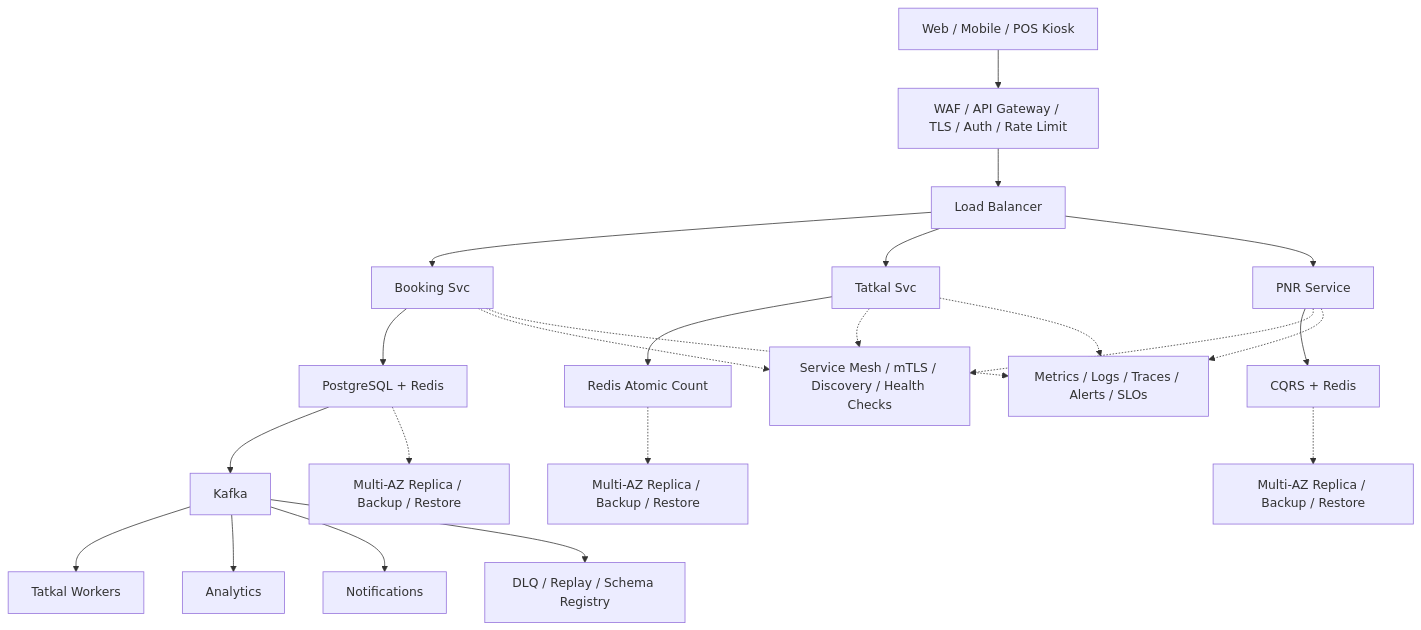
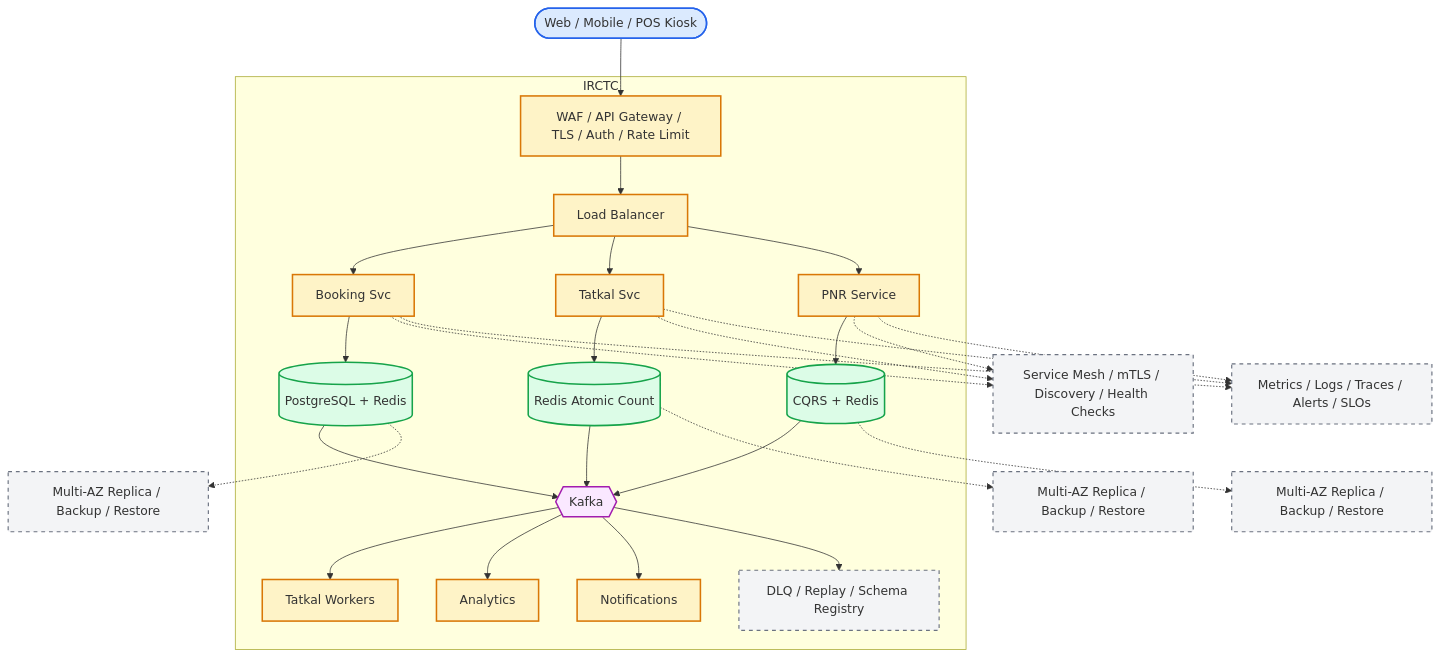
The diagram in system-design-irctc.md (aishwary11/system-design), drawn with Mermaid before and after one commit. The commit also changed other lines of this file and 36 other files, not shown here.

First line of the commit message:
Standardize all diagrams on C4-style Mermaid template

````diff
--- a/system-design-irctc.md
+++ b/system-design-irctc.md
@@ -47,25 +47,65 @@
 ```mermaid
 flowchart TB
-    clients["Web / Mobile / POS Kiosk"] --> edge["WAF / API Gateway / TLS / Auth / Rate Limit"]
-    edge --> lb["Load Balancer"]
-    lb --> svc0["Booking Svc"]
-    lb --> svc1["Tatkal Svc"]
-    lb --> svc2["PNR Service"]
-    svc0 --> store0["PostgreSQL + Redis"]
-    svc1 --> store1["Redis Atomic Count"]
-    svc2 --> store2["CQRS + Redis"]
-    store0 --> stream["Kafka"]
-    stream --> worker0["Tatkal Workers"]
-    stream --> worker1["Analytics"]
-    stream --> worker2["Notifications"]
-    svc0 -.-> platform["Service Mesh / mTLS / Discovery / Health Checks"]
-    svc1 -.-> platform
-    svc2 -.-> platform
-    store0 -.-> backup0["Multi-AZ Replica / Backup / Restore"]
-    store1 -.-> backup1["Multi-AZ Replica / Backup / Restore"]
-    store2 -.-> backup2["Multi-AZ Replica / Backup / Restore"]
-    stream --> dlq["DLQ / Replay / Schema Registry"]
-    svc0 -.-> ops["Metrics / Logs / Traces / Alerts / SLOs"]
+    %% Actors (people)
+    clients(["Web / Mobile / POS Kiosk"])
+
+    %% System boundary - containers owned by the platform
+    subgraph platform["IRCTC"]
+        edge["WAF / API Gateway / TLS / Auth / Rate Limit"]
+        lb["Load Balancer"]
+        svc0["Booking Svc"]
+        svc1["Tatkal Svc"]
+        svc2["PNR Service"]
+        store0[("PostgreSQL + Redis")]
+        store1[("Redis Atomic Count")]
+        store2[("CQRS + Redis")]
+        stream{{"Kafka"}}
+        worker0["Tatkal Workers"]
+        worker1["Analytics"]
+        worker2["Notifications"]
+        dlq["DLQ / Replay / Schema Registry"]
+    end
+
+    %% Cross-cutting control plane (dashed edges)
+    mesh["Service Mesh / mTLS / Discovery / Health Checks"]
+    ops["Metrics / Logs / Traces / Alerts / SLOs"]
+    backup0["Multi-AZ Replica / Backup / Restore"]
+    backup1["Multi-AZ Replica / Backup / Restore"]
+    backup2["Multi-AZ Replica / Backup / Restore"]
+
+    clients --> edge
+    edge --> lb
+    lb --> svc0
+    lb --> svc1
+    lb --> svc2
+    svc0 --> store0
+    svc1 --> store1
+    svc2 --> store2
+    store0 --> stream
+    store1 --> stream
+    store2 --> stream
+    stream --> worker0
+    stream --> worker1
+    stream --> worker2
+    stream --> dlq
+    svc0 -.-> mesh
+    svc1 -.-> mesh
+    svc2 -.-> mesh
+    svc0 -.-> ops
     svc1 -.-> ops
     svc2 -.-> ops
+    store0 -.-> backup0
+    store1 -.-> backup1
+    store2 -.-> backup2
+
+    classDef actor fill:#dbeafe,stroke:#2563eb,stroke-width:2px
+    classDef service fill:#fef3c7,stroke:#d97706,stroke-width:2px
+    classDef store fill:#dcfce7,stroke:#16a34a,stroke-width:2px
+    classDef broker fill:#fae8ff,stroke:#a21caf,stroke-width:2px
+    classDef control fill:#f3f4f6,stroke:#6b7280,stroke-width:1.5px,stroke-dasharray:5 5
+    class clients actor
+    class edge,lb,svc0,svc1,svc2,worker0,worker1,worker2 service
+    class store0,store1,store2 store
+    class stream broker
+    class dlq,mesh,ops,backup0,backup1,backup2 control
 ```
````
